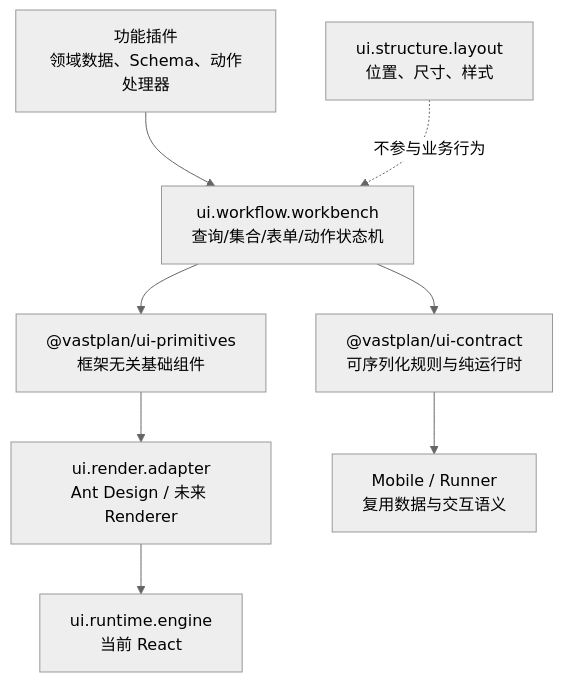
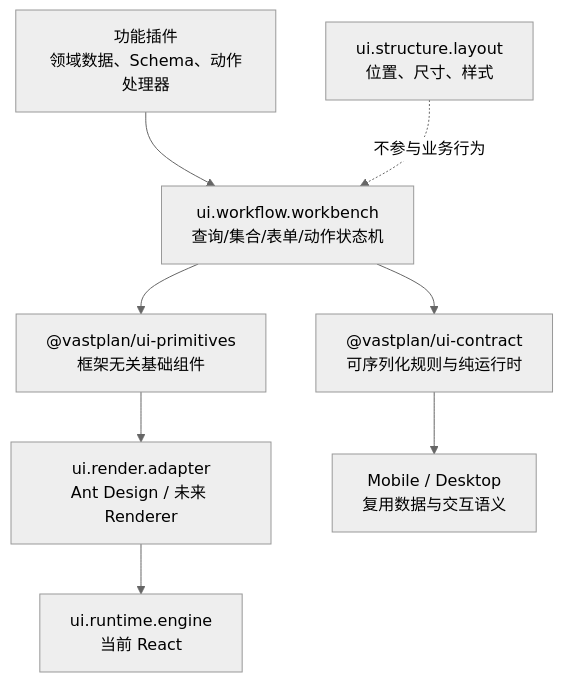
The diagram in docs/dev/architecture/UI工作台组合框架.md (yandt/VastPlan), drawn with Mermaid (neutral theme) before and after one commit. The commit also changed 137 other files, not shown here.

First line of the commit message:
refactor(kernel): rename runner kernel to desktop

````diff
--- a/docs/dev/architecture/UI工作台组合框架.md
+++ b/docs/dev/architecture/UI工作台组合框架.md
@@ -11,10 +11,10 @@
 ```mermaid
 flowchart TB
   F["功能插件\n领域数据、Schema、动作处理器"] --> W["ui.workflow.workbench\n查询/集合/表单/动作状态机"]
   W --> P["@vastplan/ui-primitives\n框架无关基础组件"]
   W --> C["@vastplan/ui-contract\n可序列化规则与纯运行时"]
   P --> D["ui.render.adapter\nAnt Design / 未来 Renderer"]
   D --> E["ui.runtime.engine\n当前 React"]
-  C --> X["Mobile / Runner\n复用数据与交互语义"]
+  C --> X["Mobile / Desktop\n复用数据与交互语义"]
   L["ui.structure.layout\n位置、尺寸、样式"] -. 不参与业务行为 .-> W
 ```
````
